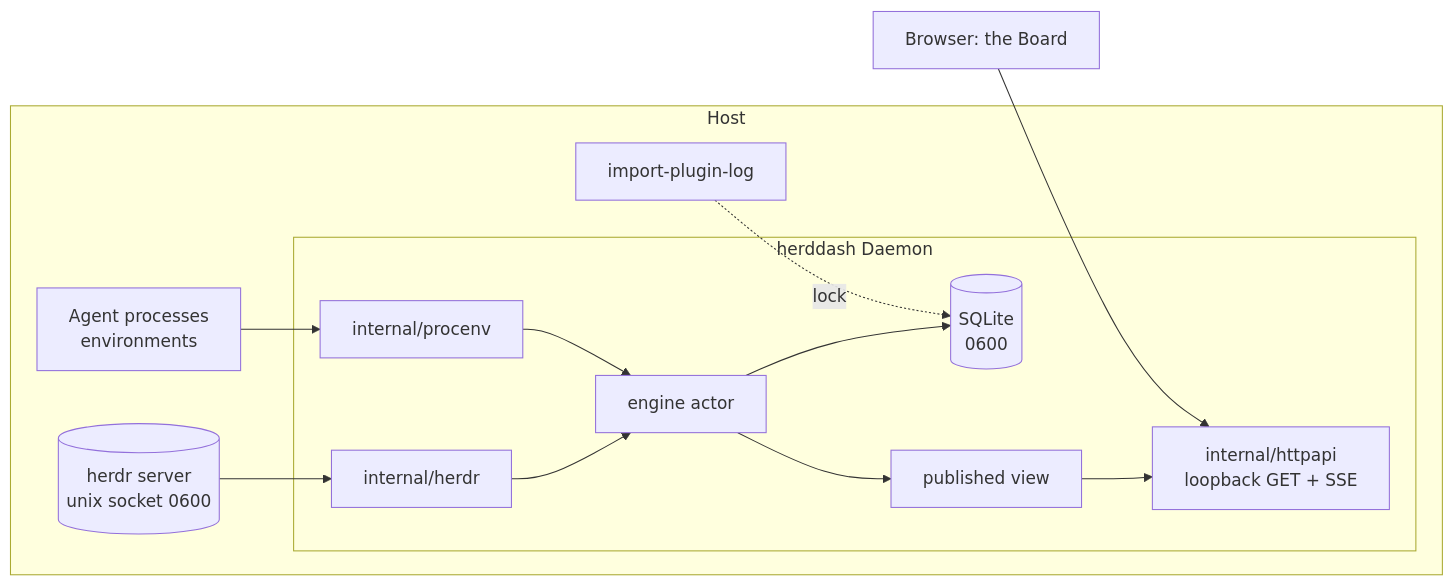
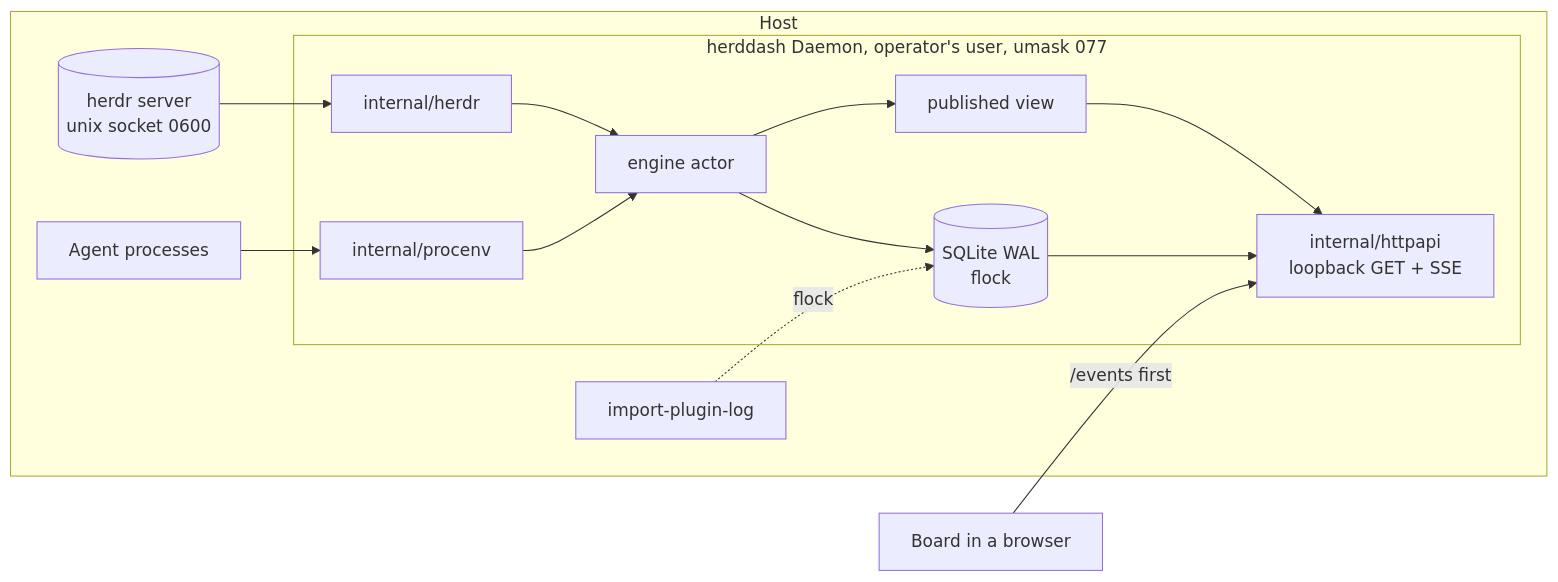
Before and after one commit to vilosource/herddash: the second of 3 diagrams in docs/planning/architecture/architecture-herddash-2026-10-14/ARCHITECTURE-SPINE.md, drawn with Mermaid. The commit also changed other lines of this file and 19 other files, not shown here.

First line of the commit message:
docs(architecture): finalize the architecture spine and ADRs 0004 to 0007

````diff
--- a/docs/planning/architecture/architecture-herddash-2026-10-14/ARCHITECTURE-SPINE.md
+++ b/docs/planning/architecture/architecture-herddash-2026-10-14/ARCHITECTURE-SPINE.md
@@ -199,18 +284,19 @@
 ```mermaid
 graph LR
   subgraph Host
     herdr[(herdr server<br/>unix socket 0600)]
-    procs[Agent processes<br/>environments]
-    subgraph Daemon[herddash Daemon]
+    procs[Agent processes]
+    subgraph Daemon[herddash Daemon, operator's user, umask 077]
       hc[internal/herdr] --> eng[engine actor]
       pe[internal/procenv] --> eng
-      eng --> st[(SQLite<br/>0600)]
+      eng --> st[(SQLite WAL<br/>flock)]
       eng --> view[published view]
       view --> api[internal/httpapi<br/>loopback GET + SSE]
+      st --> api
     end
     herdr --> hc
     procs --> pe
-    imp[import-plugin-log] -.lock.-> st
+    imp[import-plugin-log] -.flock.-> st
   end
-  browser[Browser: the Board] --> api
+  browser[Board in a browser] -->|/events first| api
 ```
````
